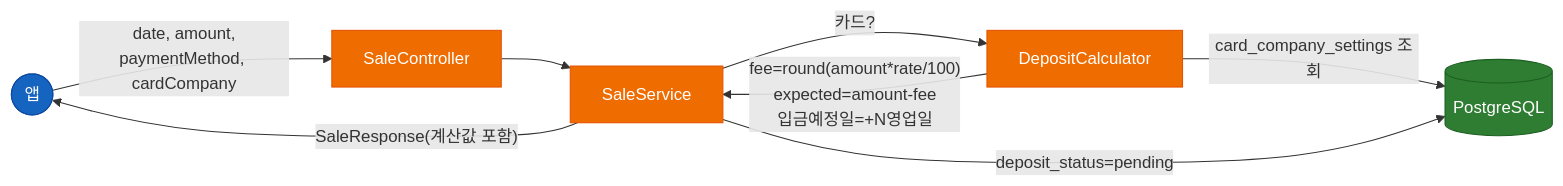
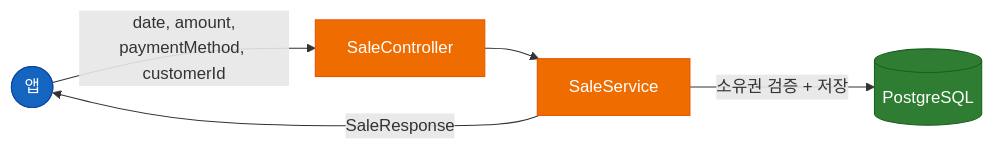
One commit to flori-ai-kr/api changed the fifth of 10 diagrams in docs/ARCHITECTURE.md. Above: the diagram before and after it, drawn with Mermaid. The commit also changed other lines of this file and 50 other files, not shown here.

````diff
--- a/docs/ARCHITECTURE.md
+++ b/docs/ARCHITECTURE.md
@@ -307,17 +323,14 @@
 ```mermaid
 flowchart LR
-    App([앱]) -->|"date, amount,<br/>paymentMethod, cardCompany"| SC[SaleController]
+    App([앱]) -->|"date, amount,<br/>paymentMethod, customerId"| SC[SaleController]
     SC --> SS[SaleService]
-    SS -->|"카드?"| DC[DepositCalculator]
-    DC -->|"card_company_settings 조회"| DB[(PostgreSQL)]
-    DC -->|"fee=round(amount*rate/100)<br/>expected=amount-fee<br/>입금예정일=+N영업일"| SS
-    SS -->|"deposit_status=pending"| DB
-    SS -->|"SaleResponse(계산값 포함)"| App
+    SS -->|"소유권 검증 + 저장"| DB[(PostgreSQL)]
+    SS -->|"SaleResponse"| App
 
     classDef a fill:#1565c0,color:#fff,stroke:#0d47a1
     classDef s fill:#ef6c00,color:#fff,stroke:#e65100
     classDef d fill:#2e7d32,color:#fff,stroke:#1b5e20
     class App a
-    class SC,SS,DC s
+    class SC,SS s
     class DB d
 ```
````
